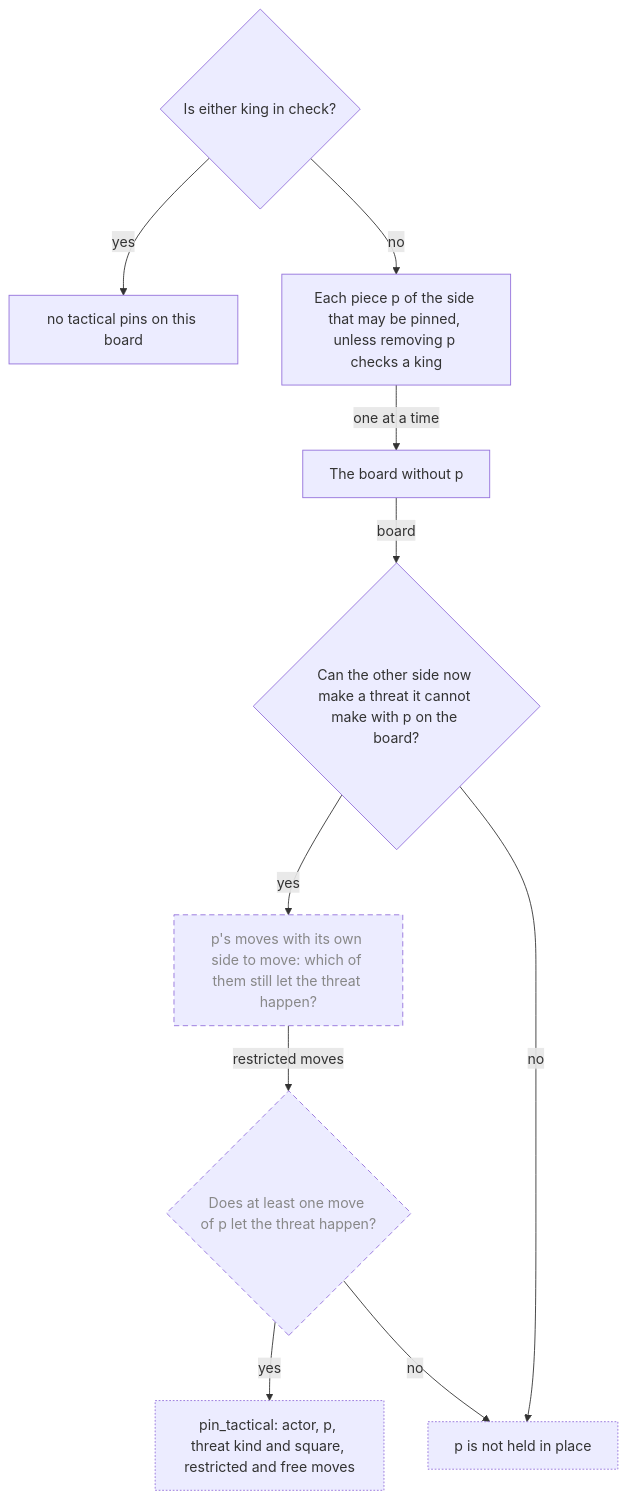
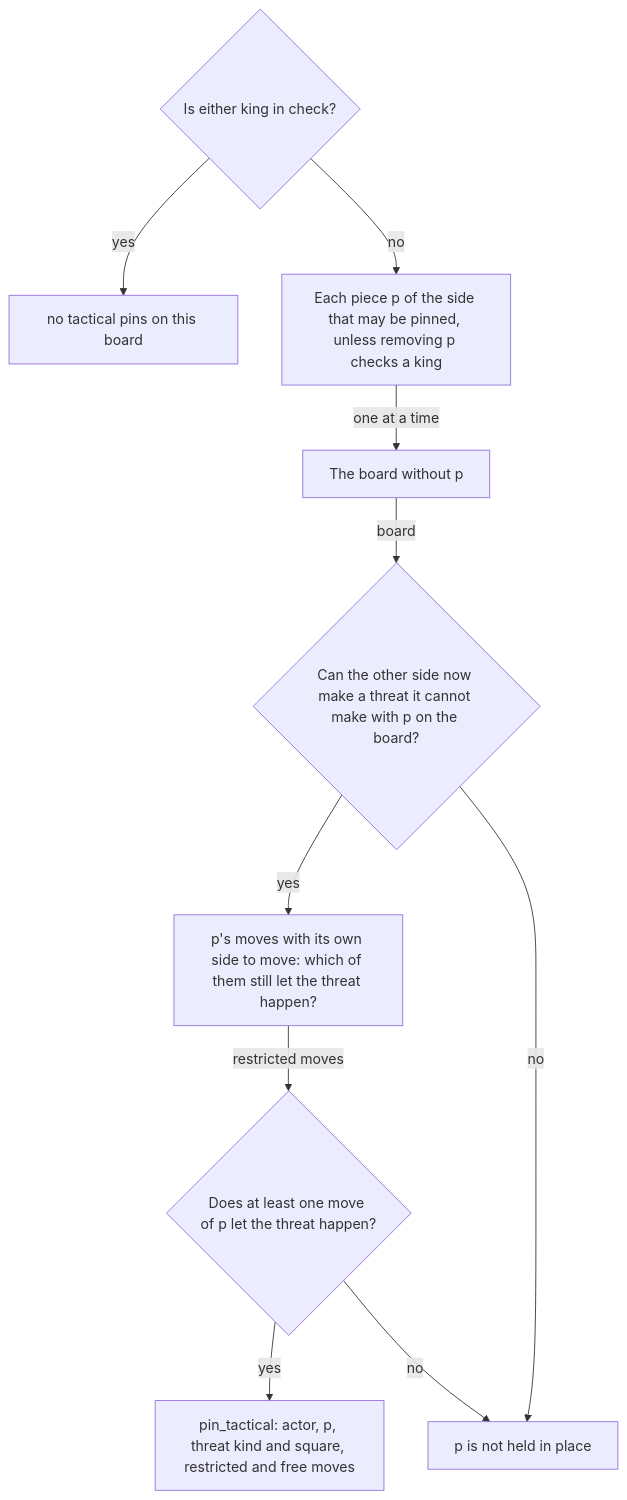
Diagram 18 of 21 in Planning/DBC/CONCEPTS.md (aurja/ChessWhy), drawn with Mermaid before and after one commit. The commit also changed other lines of this file and 56 other files, not shown here.

First line of the commit message:
PostM3_EM2 batch 1: restricted and free moves, rule 3', report v5, digests, semantic check

````diff
--- a/Planning/DBC/CONCEPTS.md
+++ b/Planning/DBC/CONCEPTS.md
@@ -762,26 +753,24 @@
 ```mermaid
 flowchart TD
     TpKings{"Is either king in check?"}
     TpPiece["Each piece p of the side that may be pinned, unless removing p checks a king"]
     TpRemove["The board without p"]
     TpNewThreat{"Can the other side now make a threat it cannot make with p on the board?"}
     TpMoves["p's moves with its own side to move: which of them still let the threat happen?"]
     TpAnyRestricted{"Does at least one move of p let the threat happen?"}
     TpNone["no tactical pins on this board"]
     TpFound["pin_tactical: actor, p, threat kind and square, restricted and free moves"]
     TpFree["p is not held in place"]
     TpKings -->|yes| TpNone
     TpKings -->|no| TpPiece
     TpPiece -->|one at a time| TpRemove
     TpRemove -->|board| TpNewThreat
     TpNewThreat -->|yes| TpMoves
     TpNewThreat -->|no| TpFree
     TpMoves -->|restricted moves| TpAnyRestricted
     TpAnyRestricted -->|yes| TpFound
     TpAnyRestricted -->|no| TpFree
     classDef planned stroke-dasharray:6 4,color:#888
     classDef partial stroke-dasharray:2 2
     classDef external stroke-dasharray:1 3,color:#999
-    class TpFound,TpFree partial
-    class TpMoves,TpAnyRestricted planned
 ```
````
